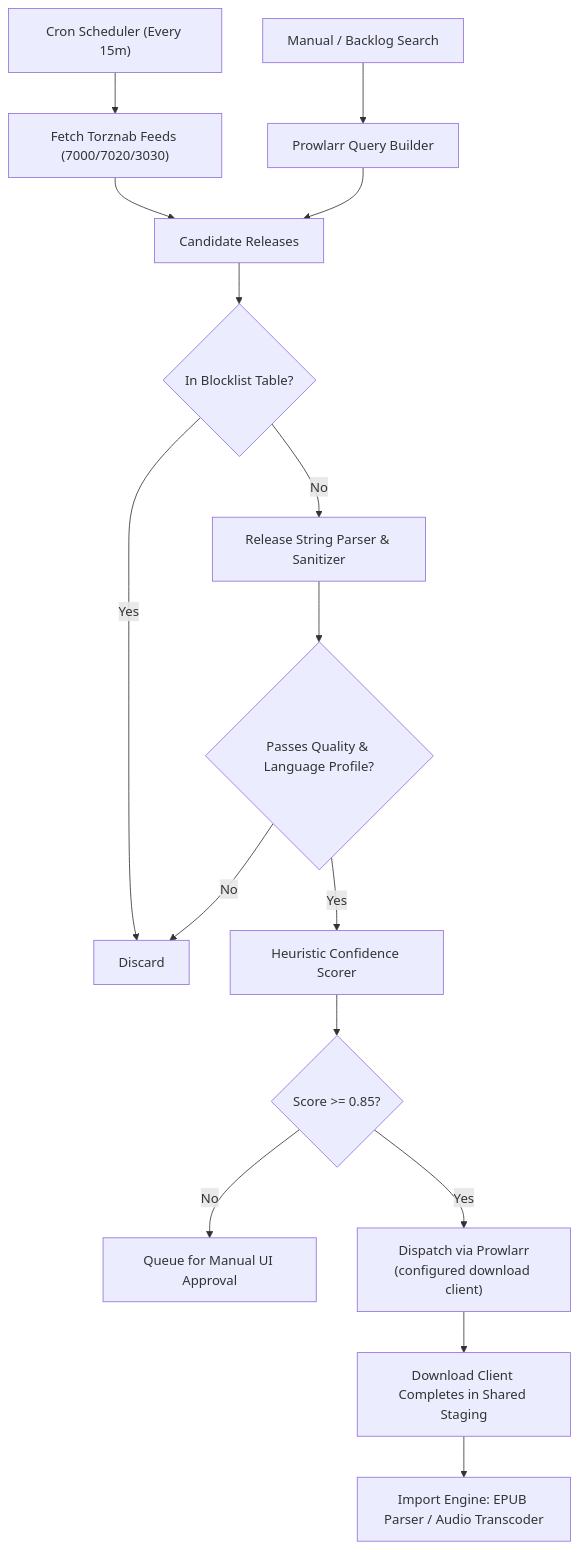
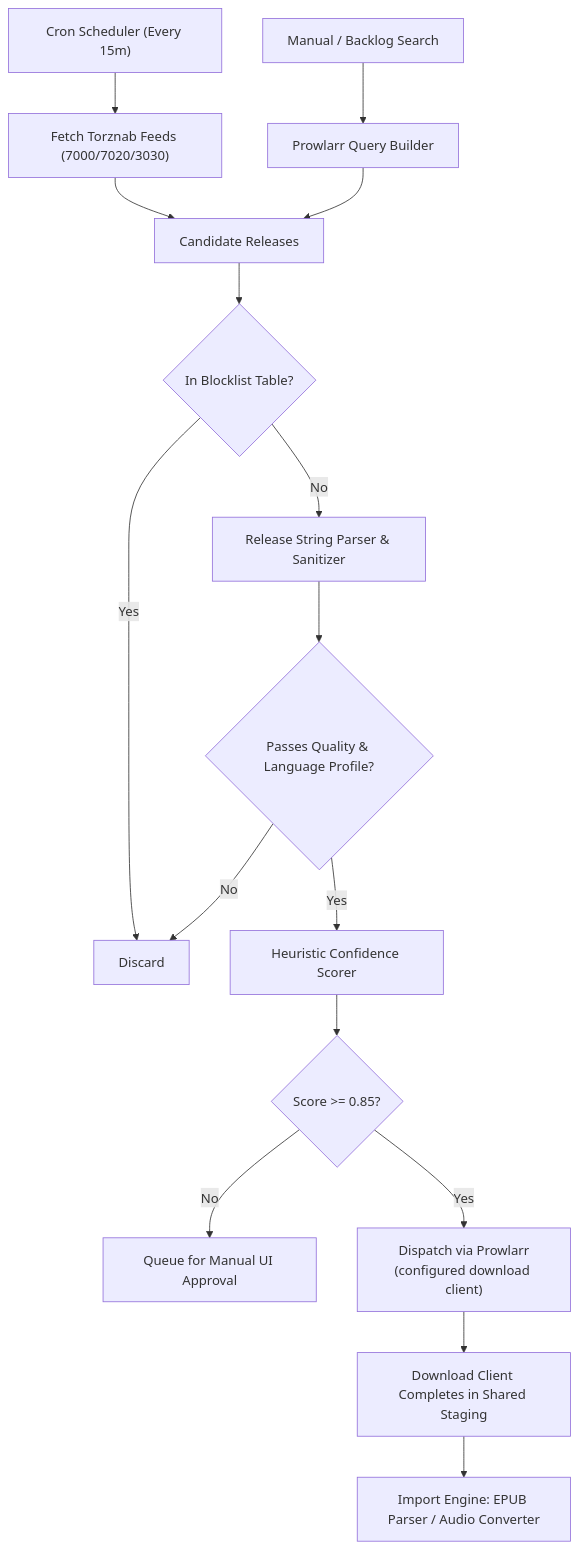
The fourth of 5 diagrams in ARCHITECTURE.md (t0ggl/callimachus), drawn with Mermaid before and after one commit. The commit also changed other lines of this file and 52 other files, not shown here.

````diff
--- a/ARCHITECTURE.md
+++ b/ARCHITECTURE.md
@@ -530,18 +530,18 @@
 ```mermaid
 flowchart TD
     Schedule["Cron Scheduler (Every 15m)"] --> RSS["Fetch Torznab Feeds (7000/7020/3030)"]
     Search["Manual / Backlog Search"] --> TorznabQuery["Prowlarr Query Builder"]
     RSS --> ReleaseList["Candidate Releases"]
     TorznabQuery --> ReleaseList
     ReleaseList --> BlocklistCheck{"In Blocklist Table?"}
     BlocklistCheck -- Yes --> Discard["Discard"]
     BlocklistCheck -- No --> Sanitizer["Release String Parser & Sanitizer"]
     Sanitizer --> QualityFilter{"Passes Quality & Language Profile?"}
     QualityFilter -- No --> Discard
     QualityFilter -- Yes --> Scorer["Heuristic Confidence Scorer"]
     Scorer --> Confidence{"Score >= 0.85?"}
     Confidence -- No --> ManualReview["Queue for Manual UI Approval"]
     Confidence -- Yes --> Downloader["Dispatch via Prowlarr<br/>(configured download client)"]
     Downloader --> Staging["Download Client Completes in Shared Staging"]
-    Staging --> ImportEngine["Import Engine: EPUB Parser / Audio Transcoder"]
+    Staging --> ImportEngine["Import Engine: EPUB Parser / Audio Converter"]
 ```
````
